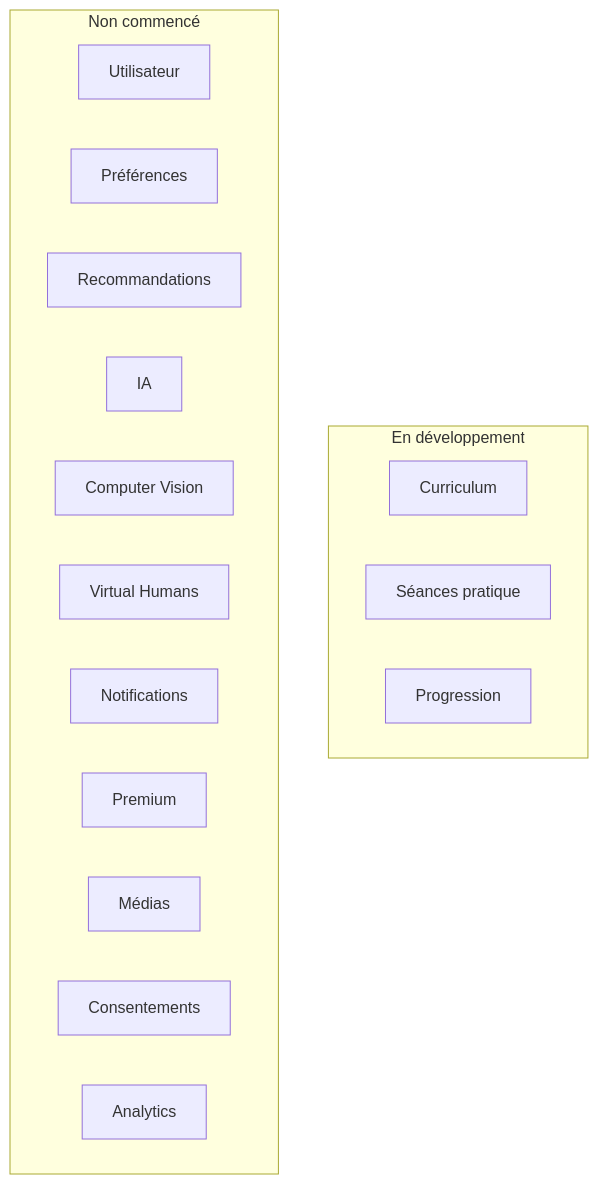
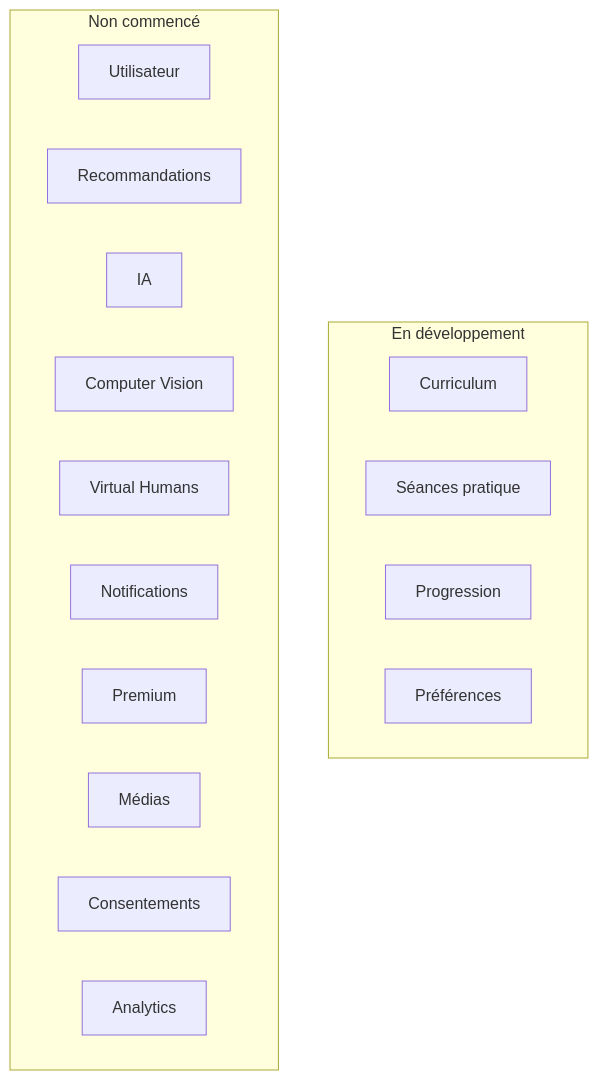
The first of 5 diagrams in docs/runtime/03_DATA_STATUS.md (JavaChrist/Tai-Chi-AI-Coach), drawn with Mermaid before and after one commit. The commit also changed other lines of this file and 37 other files, not shown here.

````diff
--- a/docs/runtime/03_DATA_STATUS.md
+++ b/docs/runtime/03_DATA_STATUS.md
@@ -79,21 +80,21 @@
 ```mermaid
 flowchart TB
   subgraph EnDev[En développement]
     C[Curriculum]
     S[Séances pratique]
     PR[Progression]
+    PF[Préférences]
   end
   subgraph NonCommence[Non commencé]
     U[Utilisateur]
-    P[Préférences]
     R[Recommandations]
     IA[IA]
     CV[Computer Vision]
     VH[Virtual Humans]
     N[Notifications]
     PRE[Premium]
     M[Médias]
     CO[Consentements]
     A[Analytics]
   end
 ```
````
